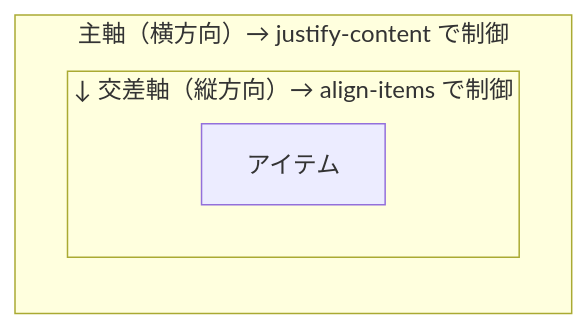
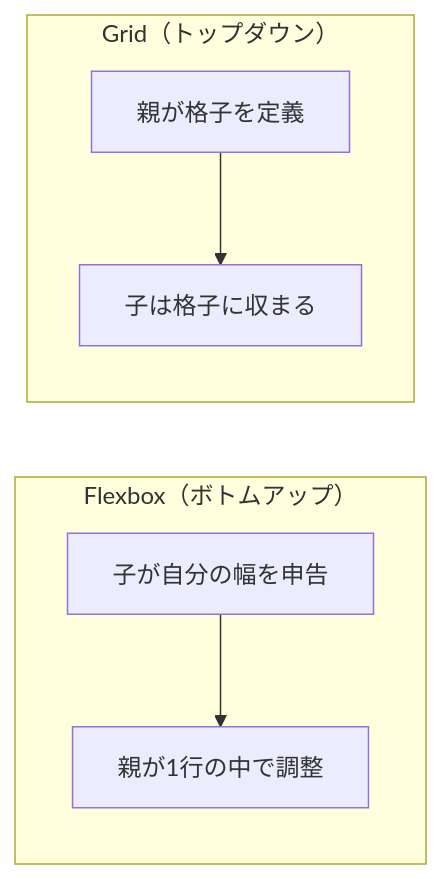
The third of 4 diagrams in docs/drafts/004/index.md (ozaki25/web-front-training-ozaki25), drawn with Mermaid before and after one commit. The commit also changed other lines of this file and 2 other files, not shown here.

````diff
--- a/docs/drafts/004/index.md
+++ b/docs/drafts/004/index.md
@@ -225,9 +193,11 @@
 ```mermaid
 flowchart LR
-  subgraph 主軸["主軸（横方向）→ justify-content で制御"]
+  subgraph flex["Flexbox（ボトムアップ）"]
     direction TB
-    subgraph 交差軸["↓ 交差軸（縦方向）→ align-items で制御"]
-      A["アイテム"]
-    end
+    F1["子が自分の幅を申告"] --> F2["親が1行の中で調整"]
+  end
+  subgraph grid["Grid（トップダウン）"]
+    direction TB
+    G1["親が格子を定義"] --> G2["子は格子に収まる"]
   end
 ```
````
